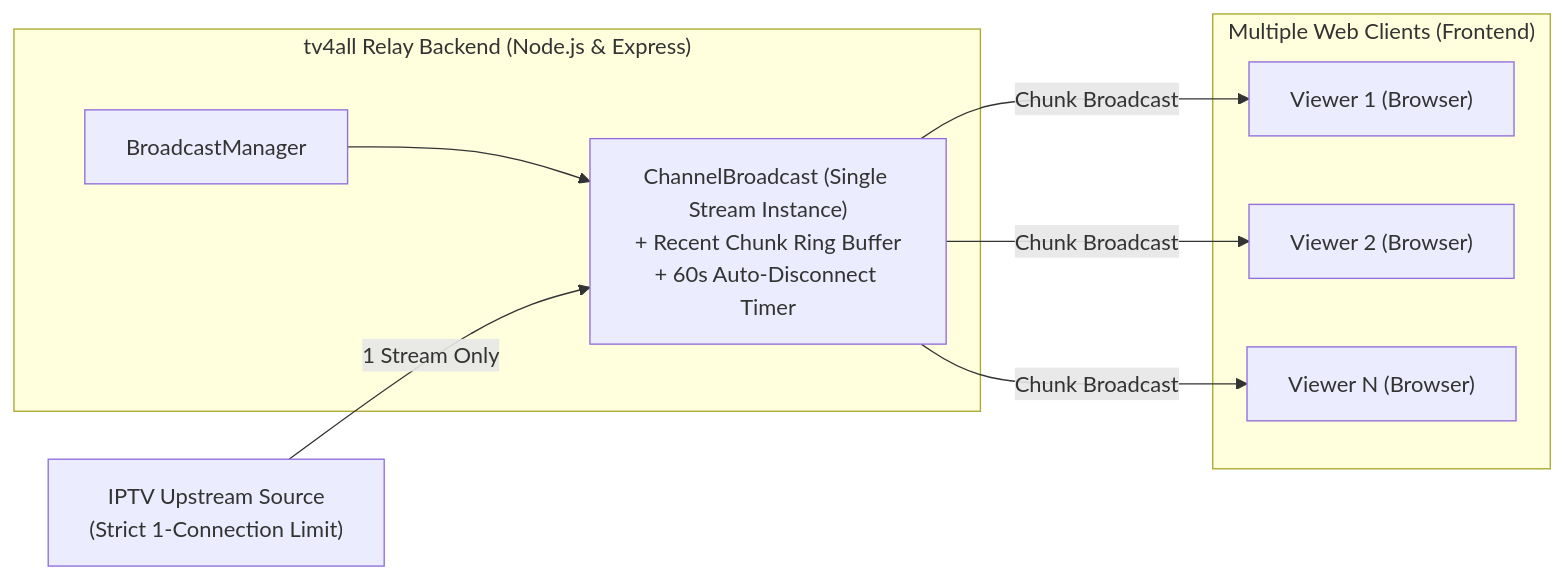
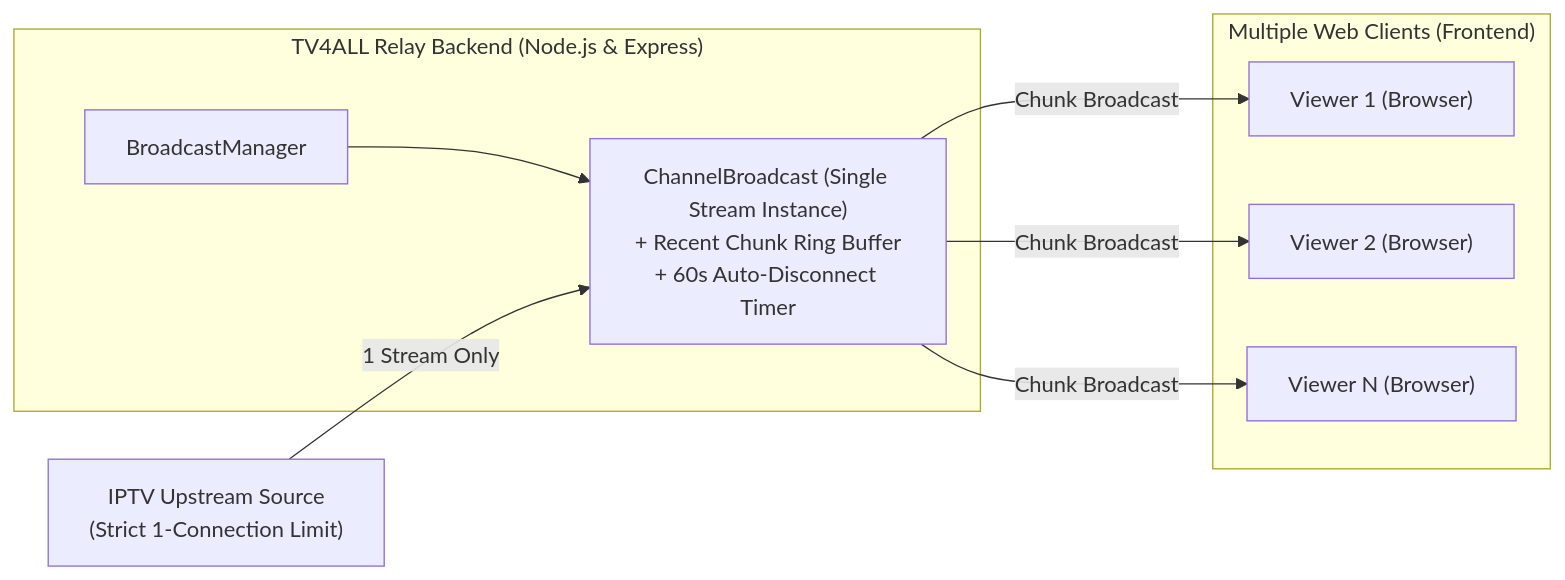
One commit to CurtisMoxebo/tv4all changed the diagram in README.md. Above: the diagram before and after it, drawn with Mermaid. The commit also changed other lines of this file and 10 other files, not shown here.

````diff
--- a/README.md
+++ b/README.md
@@ -55,21 +55,21 @@
 ```mermaid
 flowchart LR
     Upstream["IPTV Upstream Source<br/>(Strict 1-Connection Limit)"]
     
-    subgraph Backend ["tv4all Relay Backend (Node.js & Express)"]
+    subgraph Backend ["TV4ALL Relay Backend (Node.js & Express)"]
         BM["BroadcastManager"]
         CB["ChannelBroadcast (Single Stream Instance)<br/>+ Recent Chunk Ring Buffer<br/>+ 60s Auto-Disconnect Timer"]
         BM --> CB
     end
     
     subgraph Downstream ["Multiple Web Clients (Frontend)"]
         Viewer1["Viewer 1 (Browser)"]
         Viewer2["Viewer 2 (Browser)"]
         Viewer3["Viewer N (Browser)"]
     end
 
     Upstream -- "1 Stream Only" --> CB
     CB -- "Chunk Broadcast" --> Viewer1
     CB -- "Chunk Broadcast" --> Viewer2
     CB -- "Chunk Broadcast" --> Viewer3
 ```
````
